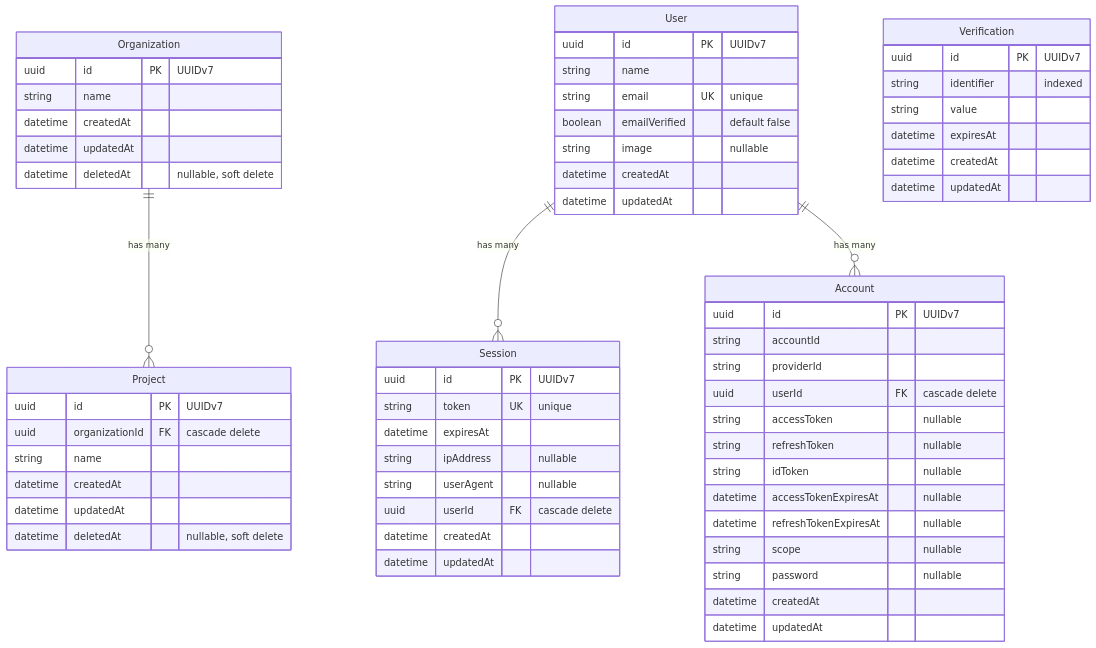
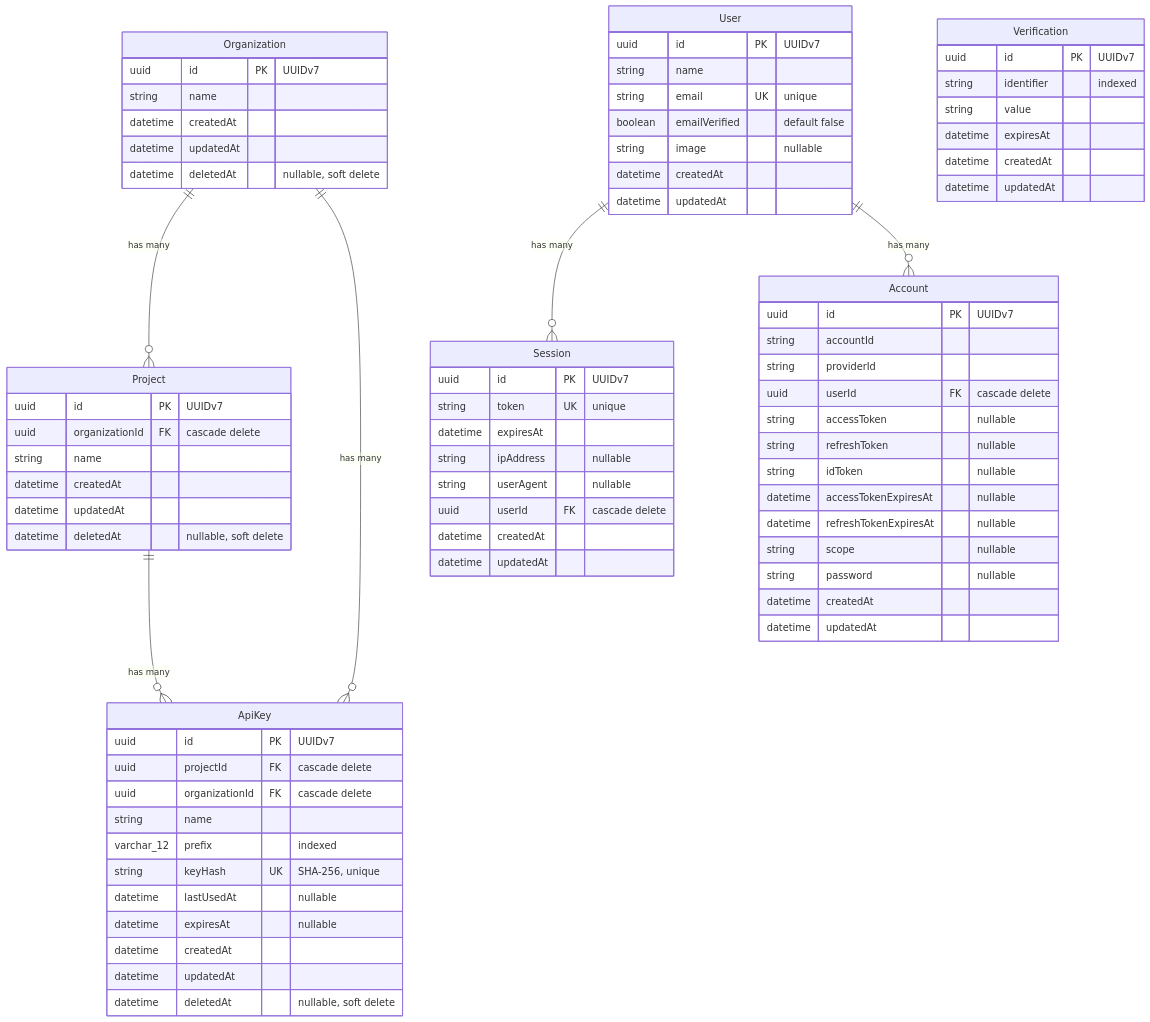
One commit to MateusRoscoe/quantyx changed the third of 5 diagrams in OVERVIEW.md. Above: the diagram before and after it, drawn with Mermaid. The commit also changed other lines of this file and 41 other files, not shown here.

First line of the commit message:
feat: rename tenant_id to project_id and add API key authentication

````diff
--- a/OVERVIEW.md
+++ b/OVERVIEW.md
@@ -208,6 +237,8 @@
 ```mermaid
 erDiagram
     Organization ||--o{ Project : "has many"
+    Organization ||--o{ ApiKey : "has many"
+    Project ||--o{ ApiKey : "has many"
     User ||--o{ Session : "has many"
     User ||--o{ Account : "has many"
 
@@ -265,6 +296,20 @@
         datetime updatedAt
     }
 
+    ApiKey {
+        uuid id PK "UUIDv7"
+        uuid projectId FK "cascade delete"
+        uuid organizationId FK "cascade delete"
+        string name
+        varchar_12 prefix "indexed"
+        string keyHash UK "SHA-256, unique"
+        datetime lastUsedAt "nullable"
+        datetime expiresAt "nullable"
+        datetime createdAt
+        datetime updatedAt
+        datetime deletedAt "nullable, soft delete"
+    }
+
     Verification {
         uuid id PK "UUIDv7"
         string identifier "indexed"
````
